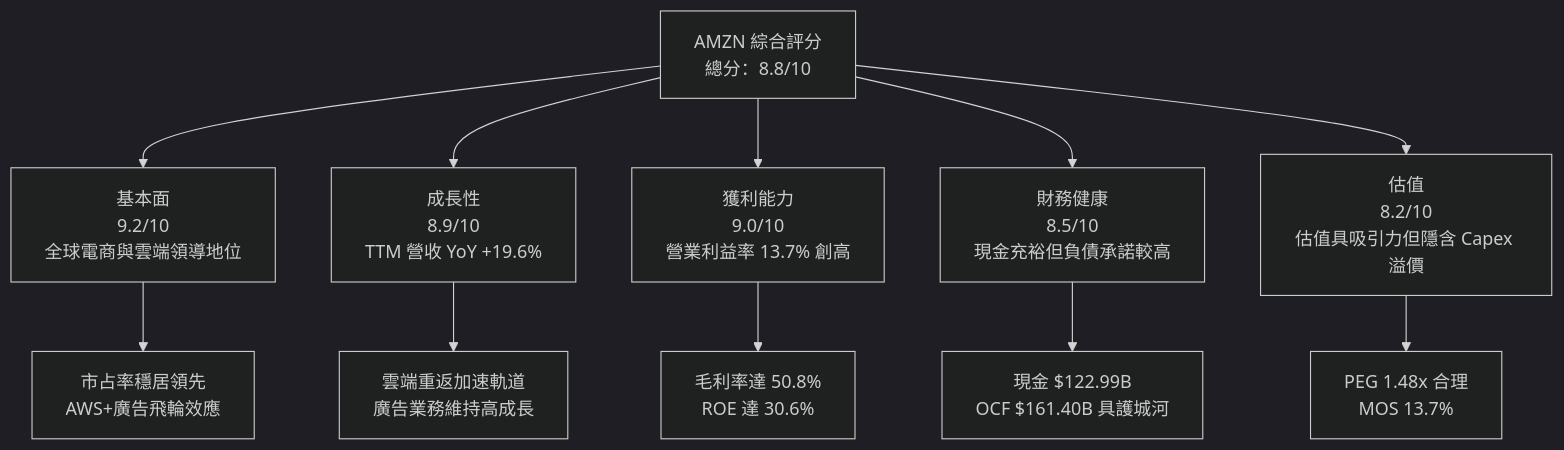
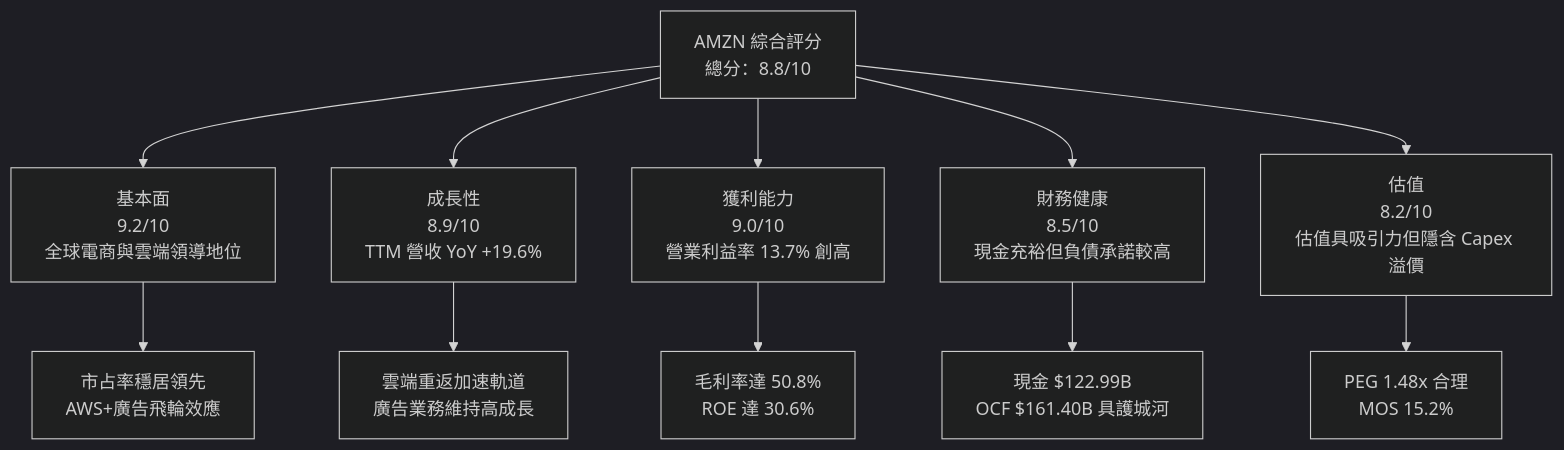
The first of 15 diagrams in ai_gen_report/fundamental/amzn/fundamental_analysis_2026-10-09_gemini.md (yennanliu/finance_data), drawn with Mermaid (dark theme) before and after one commit. The commit also changed other lines of this file and 339 other files, not shown here.

````diff
--- a/ai_gen_report/fundamental/amzn/fundamental_analysis_2026-10-09_gemini.md
+++ b/ai_gen_report/fundamental/amzn/fundamental_analysis_2026-10-09_gemini.md
@@ -58,22 +65,22 @@
 ```mermaid
 graph TD
     TICKER["AMZN 綜合評分<br/>總分：8.8/10"]
 
     F["基本面<br/>9.2/10<br/>全球電商與雲端領導地位"]
     G["成長性<br/>8.9/10<br/>TTM 營收 YoY +19.6%"]
     P["獲利能力<br/>9.0/10<br/>營業利益率 13.7% 創高"]
     B["財務健康<br/>8.5/10<br/>現金充裕但負債承諾較高"]
     V["估值<br/>8.2/10<br/>估值具吸引力但隱含 Capex 溢價"]
 
     TICKER --> F
     TICKER --> G
     TICKER --> P
     TICKER --> B
     TICKER --> V
 
     F --> F1["市占率穩居領先<br/>AWS+廣告飛輪效應"]
     G --> G1["雲端重返加速軌道<br/>廣告業務維持高成長"]
     P --> P1["毛利率達 50.8%<br/>ROE 達 30.6%"]
     B --> B1["現金 $122.99B<br/>OCF $161.40B 具護城河"]
-    V --> V1["PEG 1.48x 合理<br/>MOS 13.7%"]
+    V --> V1["PEG 1.48x 合理<br/>MOS 15.2%"]
 ```
````
